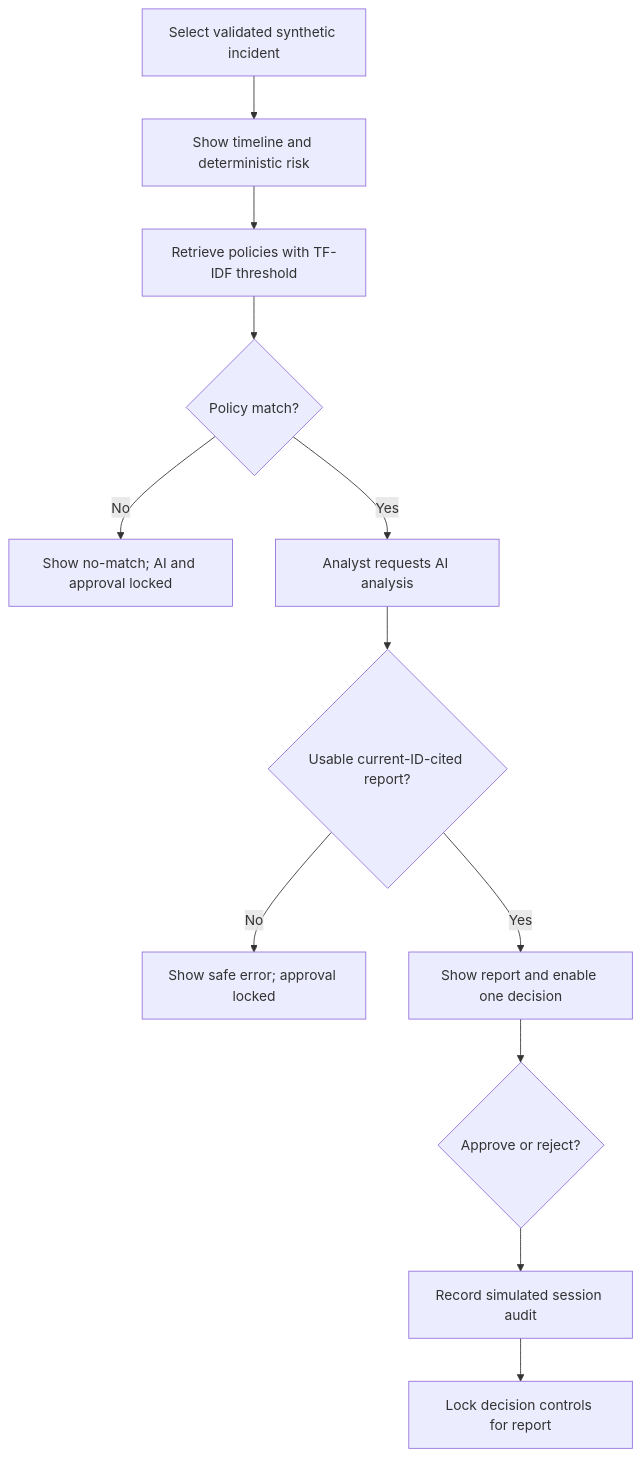
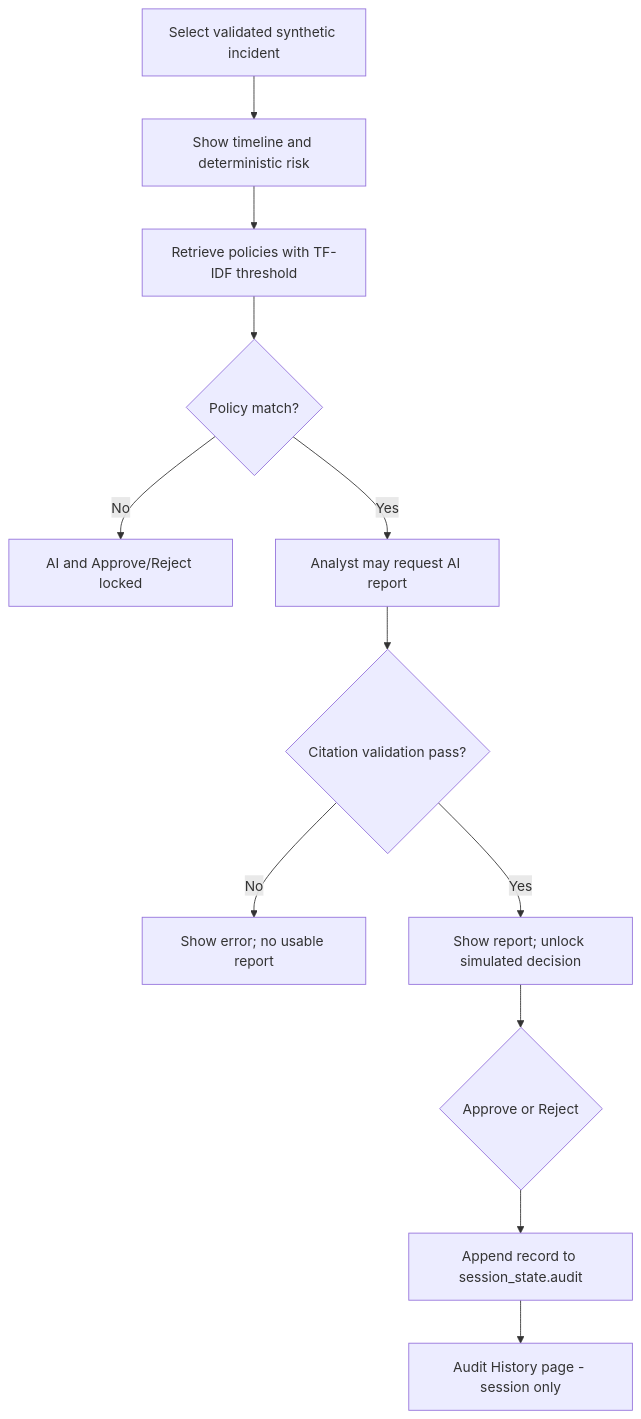
The diagram in docs/diagrams/workflow.mmd (Kush760/GuardBee), drawn with Mermaid before and after one commit. The commit also changed 65 other files, not shown here.

```diff
--- a/docs/diagrams/workflow.mmd
+++ b/docs/diagrams/workflow.mmd
@@ -1,12 +1,12 @@
 flowchart TD
   A[Select validated synthetic incident] --> B[Show timeline and deterministic risk]
   B --> C[Retrieve policies with TF-IDF threshold]
   C --> D{Policy match?}
-  D -- No --> E[Show no-match; AI and approval locked]
-  D -- Yes --> F[Analyst requests AI analysis]
-  F --> G{Usable current-ID-cited report?}
-  G -- No --> H[Show safe error; approval locked]
-  G -- Yes --> I[Show report and enable one decision]
-  I --> J{Approve or reject?}
-  J --> K[Record simulated session audit]
-  K --> L[Lock decision controls for report]
+  D -- No --> E[AI and Approve/Reject locked]
+  D -- Yes --> F[Analyst may request AI report]
+  F --> G{Citation validation pass?}
+  G -- No --> H[Show error; no usable report]
+  G -- Yes --> I[Show report; unlock simulated decision]
+  I --> J{Approve or Reject}
+  J --> K[Append record to session_state.audit]
+  K --> L[Audit History page - session only]
```
